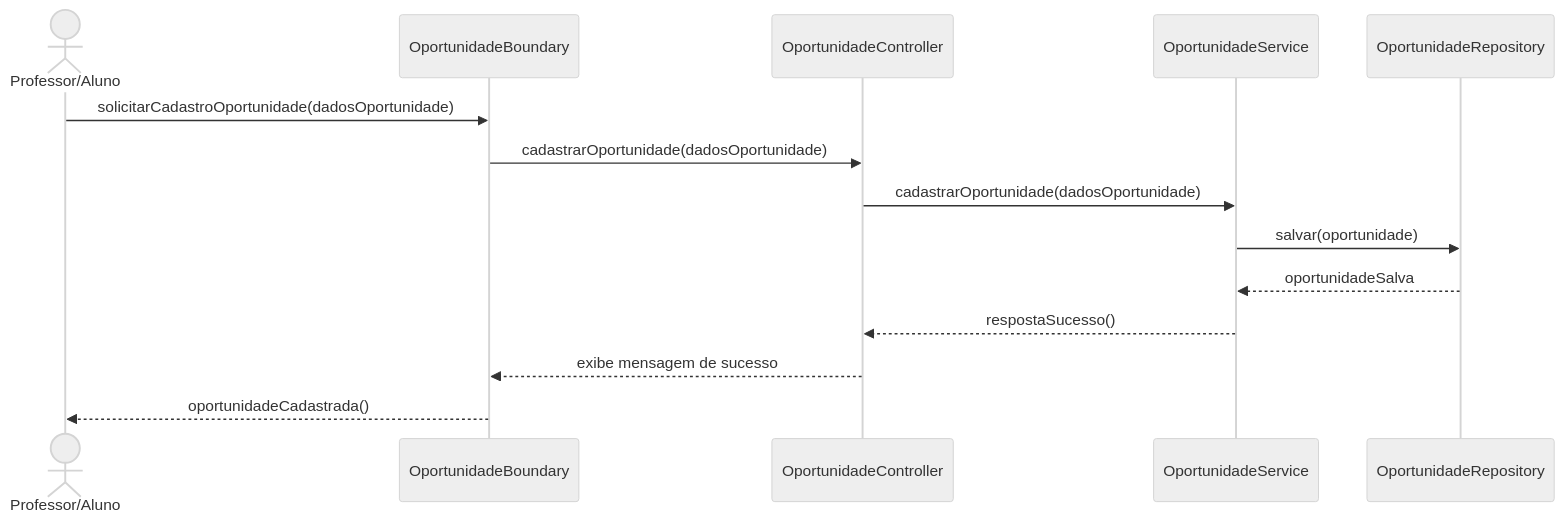
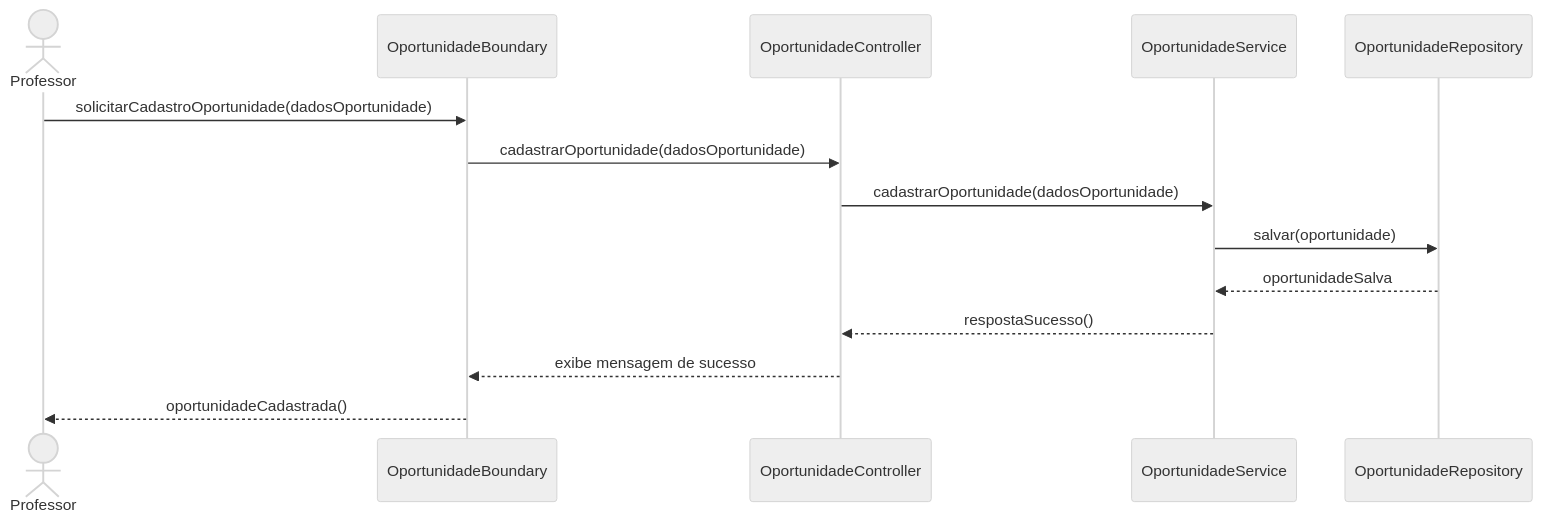
The first of 3 diagrams in docs/modeling/oportunity-recommendation-system.md (ImGabreuw/learning-management-system), drawn with Mermaid (neutral theme) before and after one commit. The commit also changed 1 other file, not shown here.

Commit message:
fix: correct actor role in opportunity registration sequence diagram

````diff
--- a/docs/modeling/oportunity-recommendation-system.md
+++ b/docs/modeling/oportunity-recommendation-system.md
@@ -7,17 +7,17 @@
 ```mermaid
 sequenceDiagram
-      actor Professor/Aluno
+      actor Professor
       participant boundary as OportunidadeBoundary
       participant controller as OportunidadeController
       participant service as OportunidadeService
       participant repo as OportunidadeRepository
 
-      Professor/Aluno->>boundary: solicitarCadastroOportunidade(dadosOportunidade)
+      Professor->>boundary: solicitarCadastroOportunidade(dadosOportunidade)
       boundary->>controller: cadastrarOportunidade(dadosOportunidade)
       controller->>service: cadastrarOportunidade(dadosOportunidade)
       service->>repo: salvar(oportunidade)
       repo-->>service: oportunidadeSalva
       service-->>controller: respostaSucesso()
       controller-->>boundary: exibe mensagem de sucesso
-      boundary-->>Professor/Aluno: oportunidadeCadastrada()
+      boundary-->>Professor: oportunidadeCadastrada()
 ```
````
